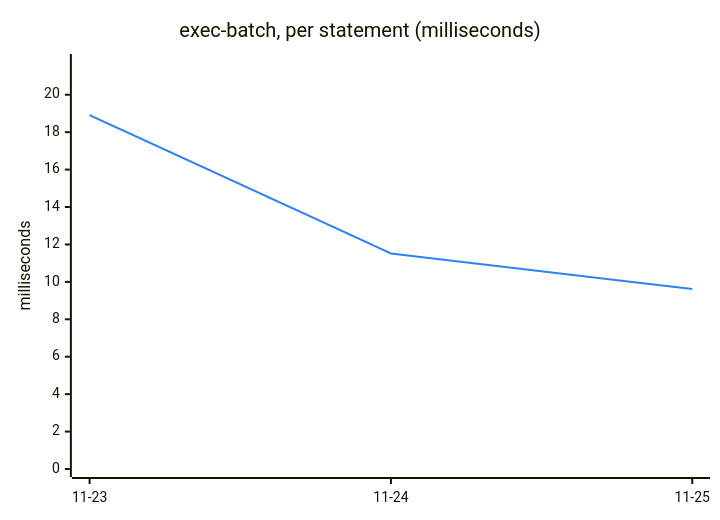
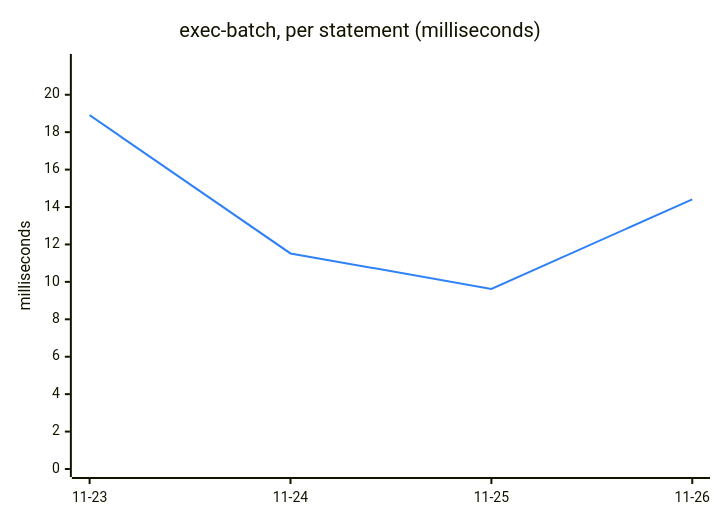
Before and after one commit to engalar/mxcli: the fifth of 6 diagrams in TREND.md, drawn with Mermaid. The commit also changed other lines of this file and 2 other files, not shown here.

````diff
--- a/TREND.md
+++ b/TREND.md
@@ -111,13 +111,13 @@
 ```mermaid
 ---
 config:
   themeVariables:
     xyChart:
       plotColorPalette: "#2f81f7"
 ---
 xychart-beta
     title "exec-batch, per statement (milliseconds)"
-    x-axis ["11-23", "11-24", "11-25"]
+    x-axis ["11-23", "11-24", "11-25", "11-26"]
     y-axis "milliseconds" 0 --> 21.75
-    line [18.91, 11.52, 9.62]
+    line [18.91, 11.52, 9.62, 14.41]
 ```
````
